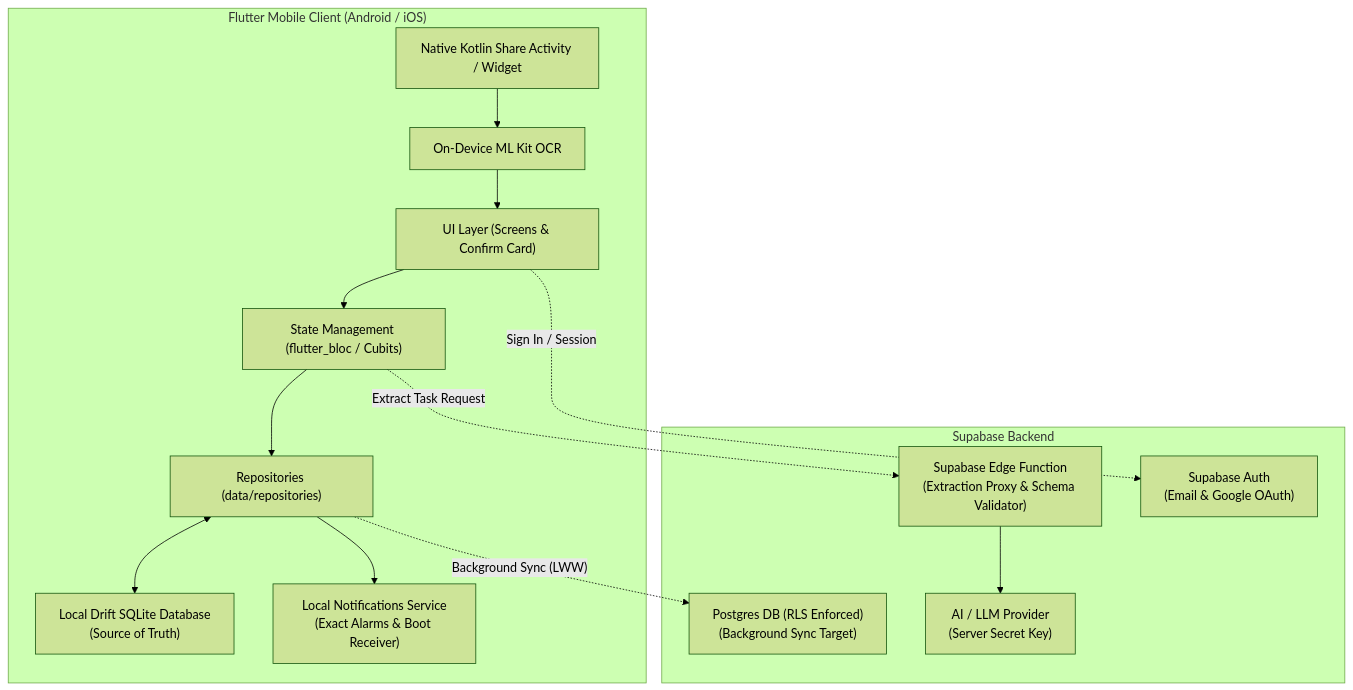
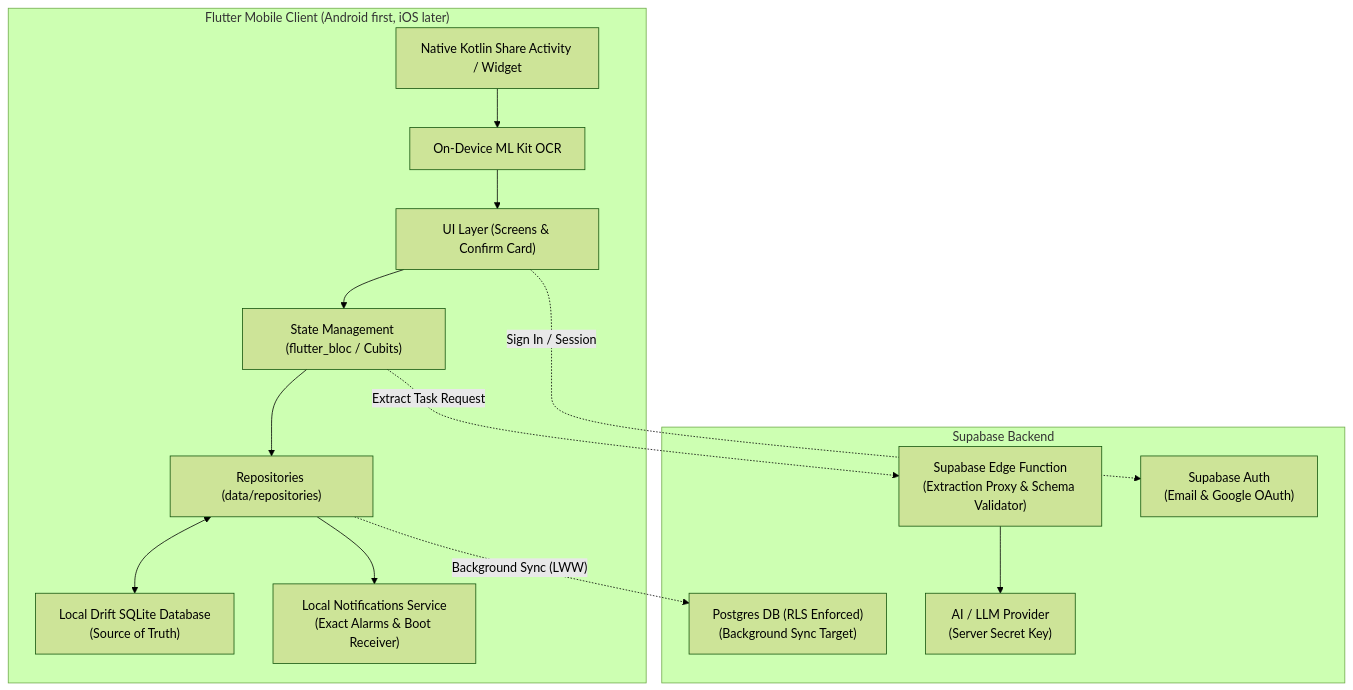
One commit to Clark605/gotit changed the diagram in README.md. Above: the diagram before and after it, drawn with Mermaid (forest theme). The commit also changed other lines of this file and 13 other files, not shown here.

````diff
--- a/README.md
+++ b/README.md
@@ -69,32 +97,32 @@
 ```mermaid
 flowchart TD
-    subgraph Client ["Flutter Mobile Client (Android / iOS)"]
+    subgraph Client ["Flutter Mobile Client (Android first, iOS later)"]
         ShareTarget["Native Kotlin Share Activity / Widget"]
         OCR["On-Device ML Kit OCR"]
         UI["UI Layer (Screens & Confirm Card)"]
         Cubit["State Management (flutter_bloc / Cubits)"]
         Repo["Repositories (data/repositories)"]
         Drift["Local Drift SQLite Database\n(Source of Truth)"]
         Alarms["Local Notifications Service\n(Exact Alarms & Boot Receiver)"]
 
         ShareTarget --> OCR
         OCR --> UI
         UI --> Cubit
         Cubit --> Repo
         Repo <--> Drift
         Repo --> Alarms
     end
 
     subgraph Backend ["Supabase Backend"]
         EdgeFn["Supabase Edge Function\n(Extraction Proxy & Schema Validator)"]
         Auth["Supabase Auth\n(Email & Google OAuth)"]
         Postgres["Postgres DB (RLS Enforced)\n(Background Sync Target)"]
         LLM["AI / LLM Provider\n(Server Secret Key)"]
 
         EdgeFn --> LLM
     end
 
     Repo -. "Background Sync (LWW)" .-> Postgres
     Cubit -. "Extract Task Request" .-> EdgeFn
     UI -. "Sign In / Session" .-> Auth
 ```
````
